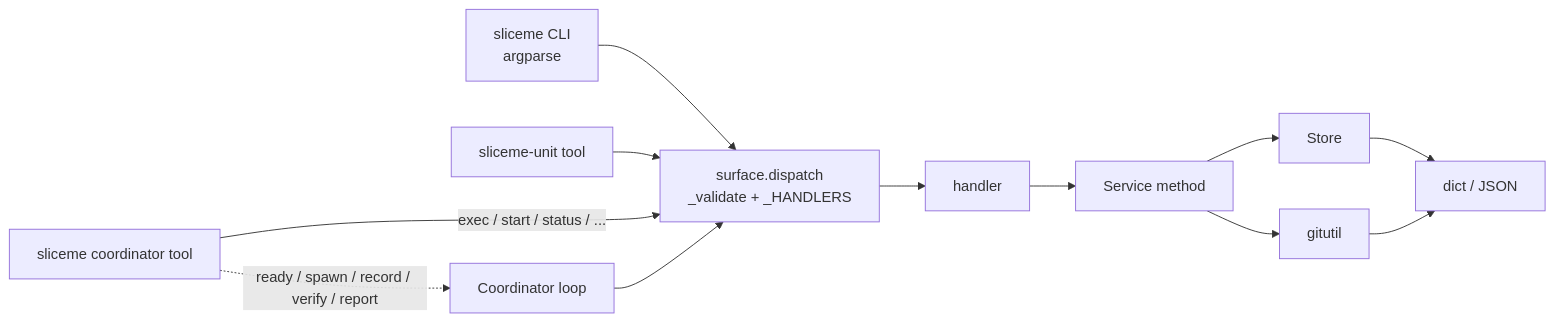
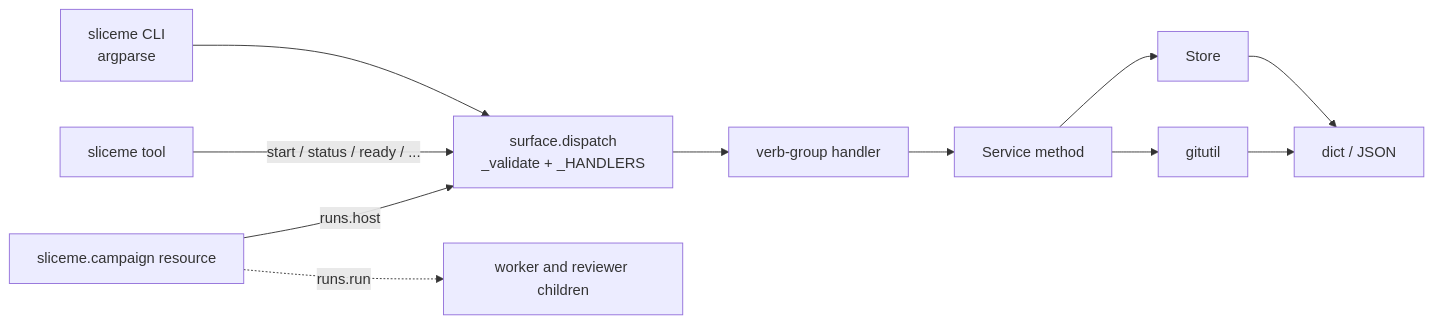
One commit to ming6ao/sliceme changed the third of 10 diagrams in docs/architecture.md. Above: the diagram before and after it, drawn with Mermaid. The commit also changed other lines of this file and 77 other files, not shown here.

````diff
--- a/docs/architecture.md
+++ b/docs/architecture.md
@@ -151,14 +157,13 @@
 ```mermaid
 flowchart LR
   CLI["sliceme CLI<br/>argparse"] --> DISPATCH
-  PIUNIT["sliceme-unit tool"] --> DISPATCH
-  PICO["sliceme coordinator tool"] -->|"exec / start / status / ..."| DISPATCH
-  PICO -.->|"ready / spawn / record / verify / report"| LOOP["Coordinator loop"]
-  LOOP --> DISPATCH
-  DISPATCH["surface.dispatch<br/>_validate + _HANDLERS"] --> HANDLER["handler"]
+  PICO["sliceme tool"] -->|"start / status / ready / ..."| DISPATCH
+  RES["sliceme.campaign resource"] -->|"runs.host"| DISPATCH
+  RES -.->|"runs.run"| CHILD["worker and reviewer children"]
+  DISPATCH["surface.dispatch<br/>_validate + _HANDLERS"] --> HANDLER["verb-group handler"]
   HANDLER --> SVC["Service method"]
   SVC --> STORE["Store"]
   SVC --> GIT["gitutil"]
   STORE --> RESULTS["dict / JSON"]
   GIT --> RESULTS
 ```
````
